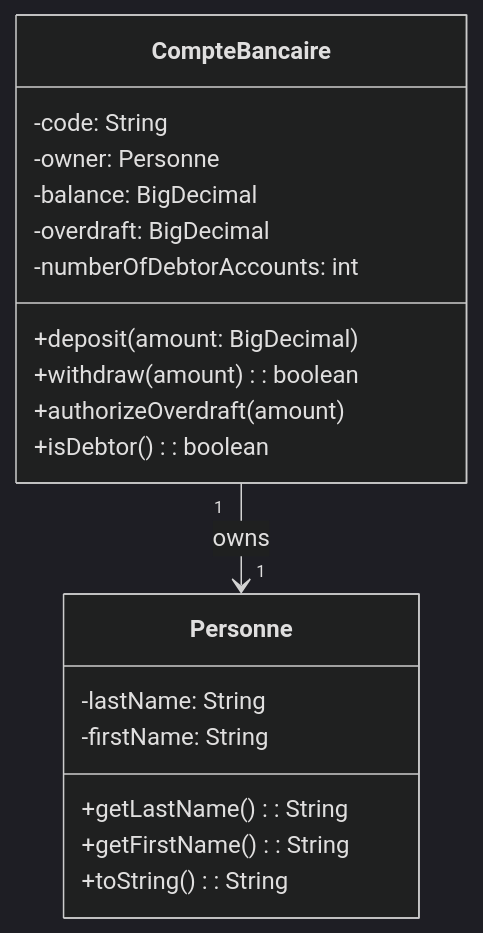
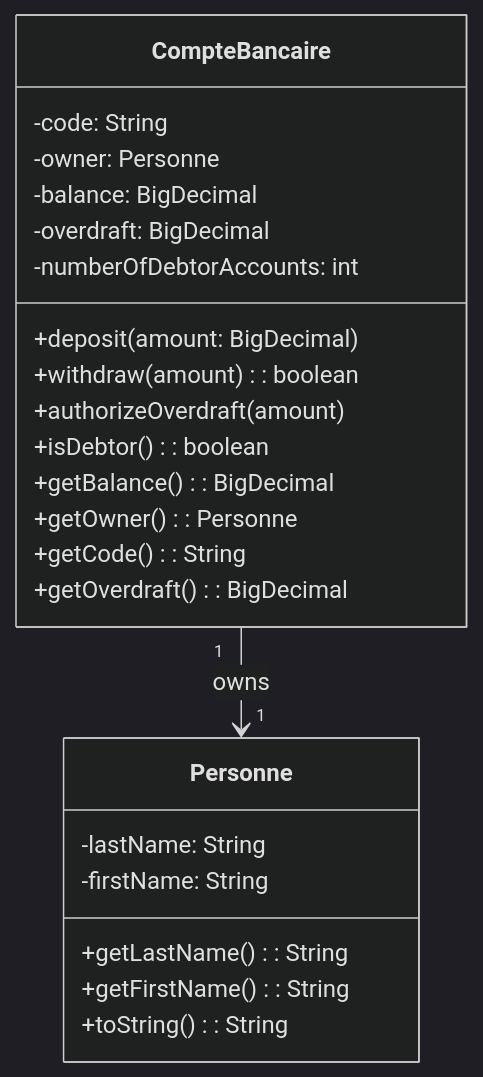
Before and after one commit to Lagmouchyoussef/java-oop-bank-store---Simple-and-descriptive: the second of 4 diagrams in README.md, drawn with Mermaid (dark theme). The commit also changed other lines of this file, not shown here.

````diff
--- a/README.md
+++ b/README.md
@@ -225,24 +364,28 @@
 ```mermaid
 classDiagram
     class Personne {
         -lastName: String
         -firstName: String
         +getLastName(): String
         +getFirstName(): String
         +toString(): String
     }
     
     class CompteBancaire {
         -code: String
         -owner: Personne
         -balance: BigDecimal
         -overdraft: BigDecimal
         -numberOfDebtorAccounts: int
         +deposit(amount: BigDecimal)
         +withdraw(amount): boolean
         +authorizeOverdraft(amount)
         +isDebtor(): boolean
+        +getBalance(): BigDecimal
+        +getOwner(): Personne
+        +getCode(): String
+        +getOverdraft(): BigDecimal
     }
     
     CompteBancaire "1" --> "1" Personne : owns
 ```
````
